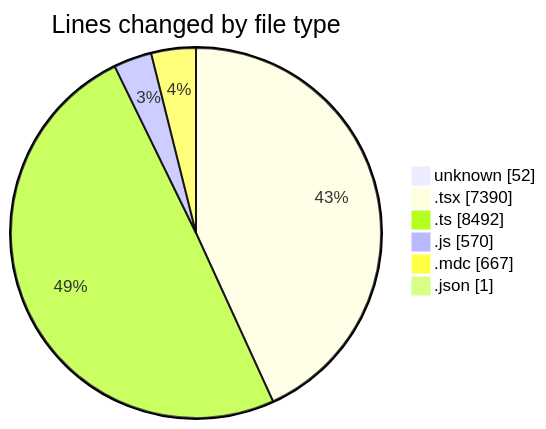
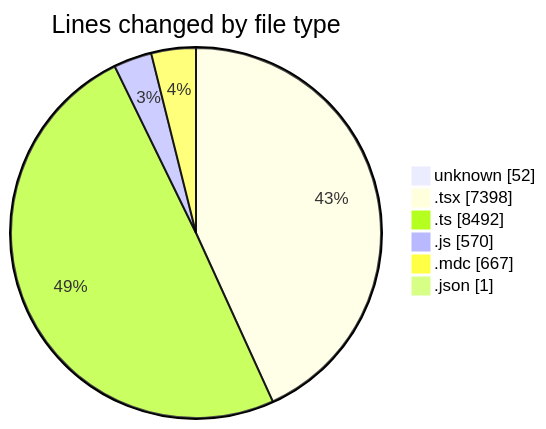
The first of 2 diagrams in 2025-06-02/ecodeli-1/README.md (CELIANVF/code-tracking), drawn with Mermaid before and after one commit. The commit also changed other lines of this file and 1 other file, not shown here.

````diff
--- a/2025-06-02/ecodeli-1/README.md
+++ b/2025-06-02/ecodeli-1/README.md
@@ -78,10 +78,10 @@
 ```mermaid
 pie showData
 title Lines changed by file type
 "unknown" : 52
-".tsx" : 7390
+".tsx" : 7398
 ".ts" : 8492
 ".js" : 570
 ".mdc" : 667
 ".json" : 1
 ```
````
